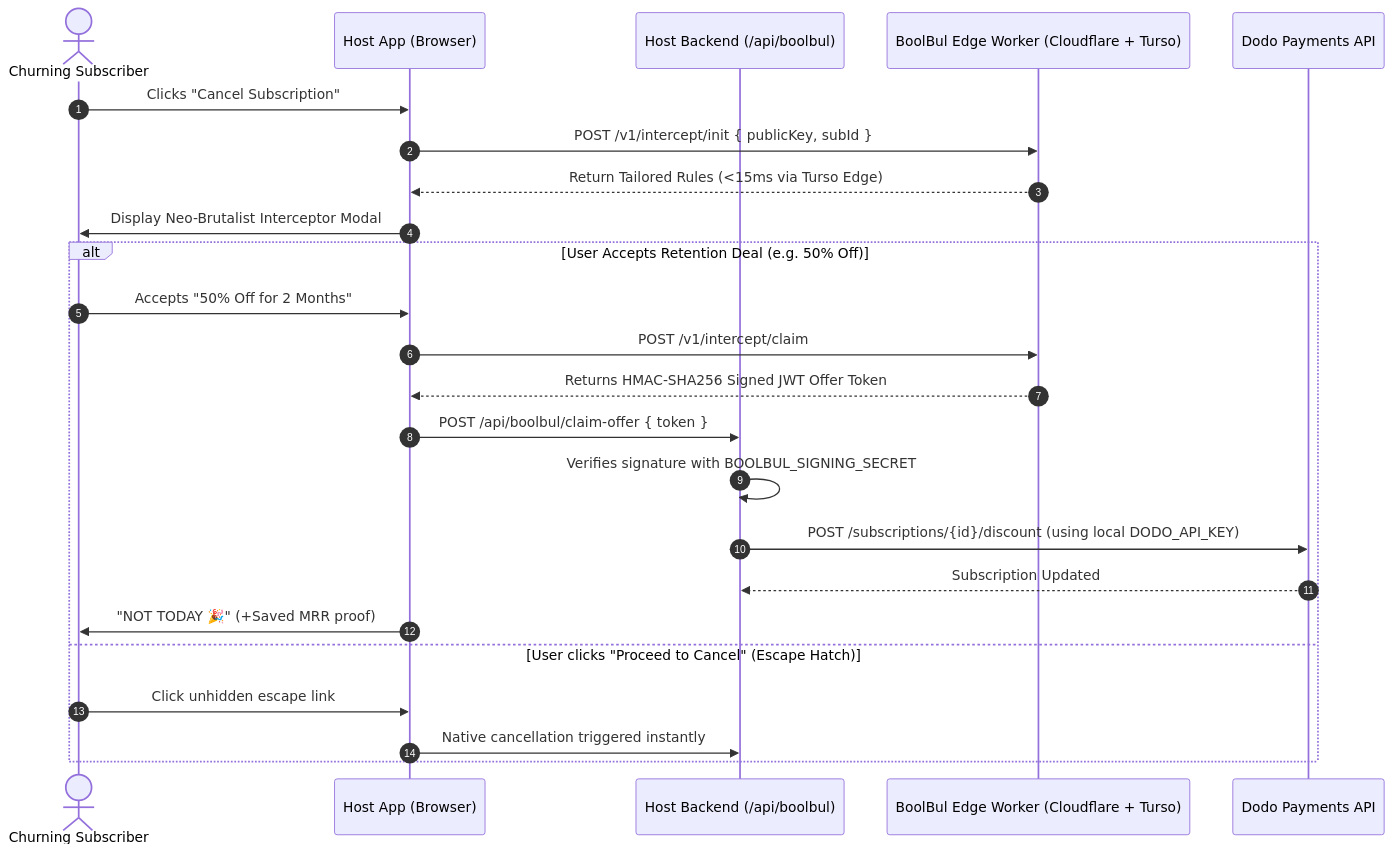
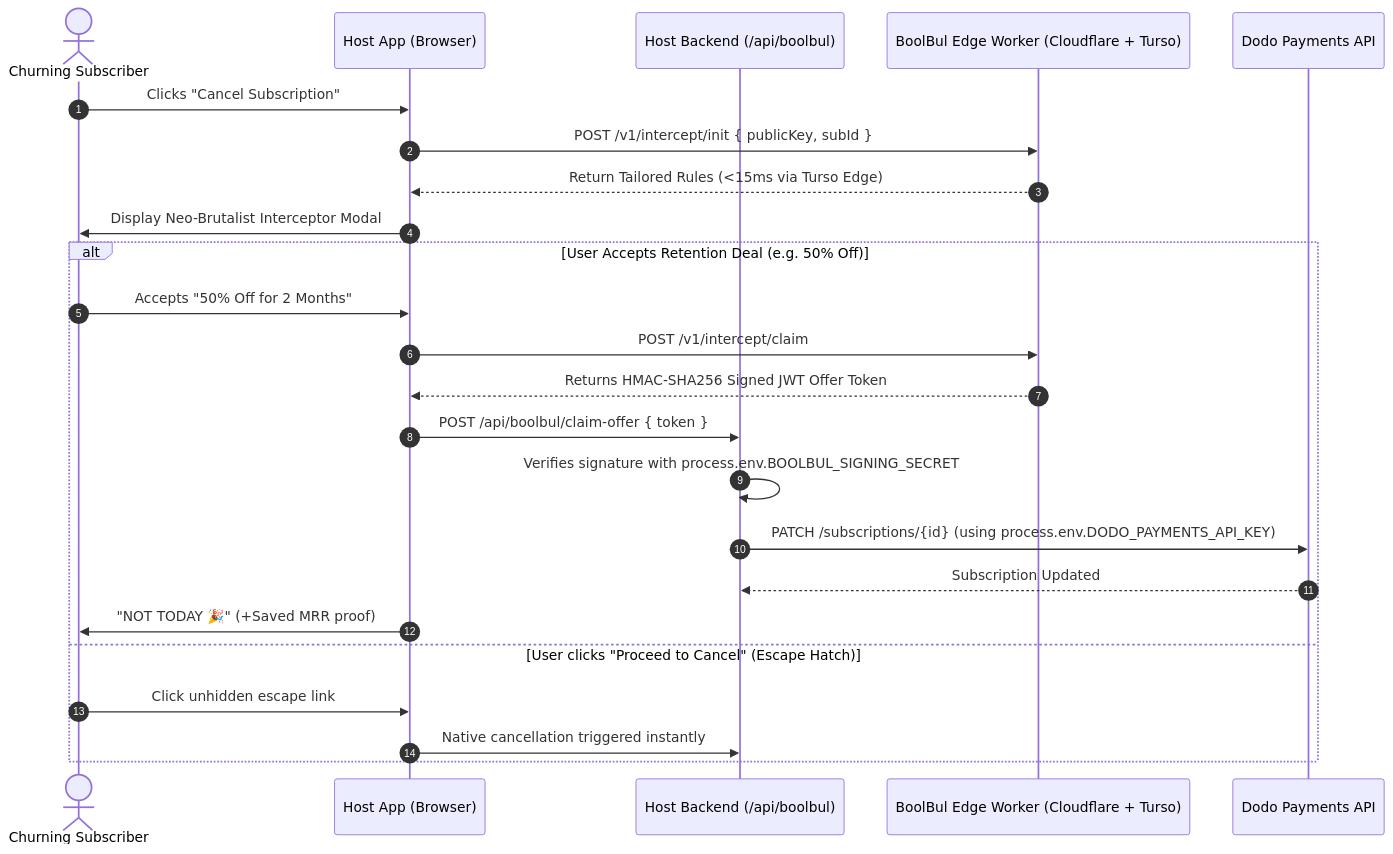
The diagram in README.md (miaciastudio/Boolbul-public), drawn with Mermaid before and after one commit. The commit also changed other lines of this file and 12 other files, not shown here.

````diff
--- a/README.md
+++ b/README.md
@@ -49,28 +49,28 @@
 ```mermaid
 sequenceDiagram
     autonumber
     actor User as Churning Subscriber
     participant HostApp as Host App (Browser)
     participant HostServer as Host Backend (/api/boolbul)
     participant Edge as BoolBul Edge Worker (Cloudflare + Turso)
     participant Dodo as Dodo Payments API
 
     User->>HostApp: Clicks "Cancel Subscription"
     HostApp->>Edge: POST /v1/intercept/init { publicKey, subId }
     Edge-->>HostApp: Return Tailored Rules (<15ms via Turso Edge)
     HostApp->>User: Display Neo-Brutalist Interceptor Modal
     
     alt User Accepts Retention Deal (e.g. 50% Off)
         User->>HostApp: Accepts "50% Off for 2 Months"
         HostApp->>Edge: POST /v1/intercept/claim
         Edge-->>HostApp: Returns HMAC-SHA256 Signed JWT Offer Token
         HostApp->>HostServer: POST /api/boolbul/claim-offer { token }
-        HostServer->>HostServer: Verifies signature with BOOLBUL_SIGNING_SECRET
-        HostServer->>Dodo: POST /subscriptions/{id}/discount (using local DODO_API_KEY)
+        HostServer->>HostServer: Verifies signature with process.env.BOOLBUL_SIGNING_SECRET
+        HostServer->>Dodo: PATCH /subscriptions/{id} (using process.env.DODO_PAYMENTS_API_KEY)
         Dodo-->>HostServer: Subscription Updated
         HostApp->>User: "NOT TODAY 🎉" (+Saved MRR proof)
     else User clicks "Proceed to Cancel" (Escape Hatch)
         User->>HostApp: Click unhidden escape link
         HostApp->>HostServer: Native cancellation triggered instantly
     end
 ```
````
